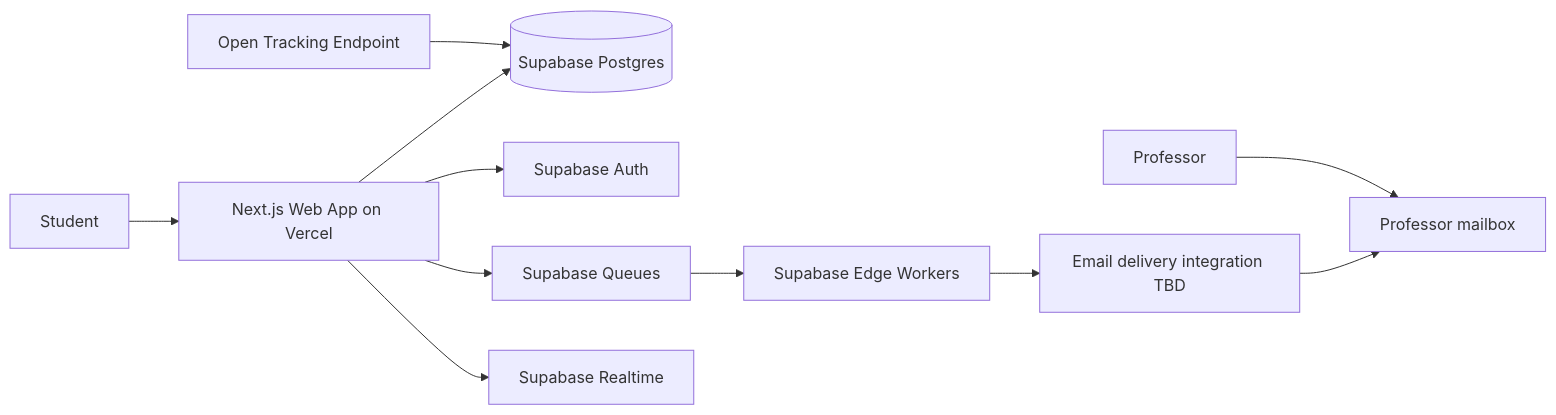
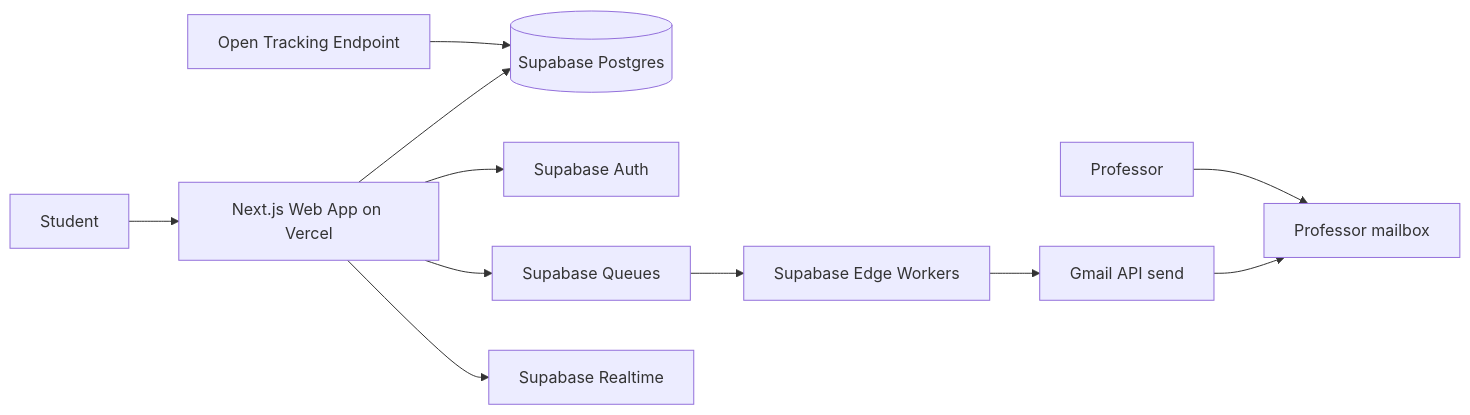
Before and after one commit to WanderingWalnut/UResearch: the diagram in docs/architecture/system-design.md, drawn with Mermaid. The commit also changed other lines of this file and 20 other files, not shown here.

````diff
--- a/docs/architecture/system-design.md
+++ b/docs/architecture/system-design.md
@@ -56,13 +58,13 @@
 ```mermaid
 flowchart LR
   Student[Student] --> Web[Next.js Web App on Vercel]
   Web --> Supabase[(Supabase Postgres)]
   Web --> Auth[Supabase Auth]
   Web --> Queue[Supabase Queues]
   Web --> Realtime[Supabase Realtime]
   Queue --> Workers[Supabase Edge Workers]
-  Workers --> Delivery[Email delivery integration TBD]
+  Workers --> Delivery[Gmail API send]
   Delivery --> Mailbox[Professor mailbox]
   Professor[Professor] --> Mailbox
   Pixel[Open Tracking Endpoint] --> Supabase
 ```
````
